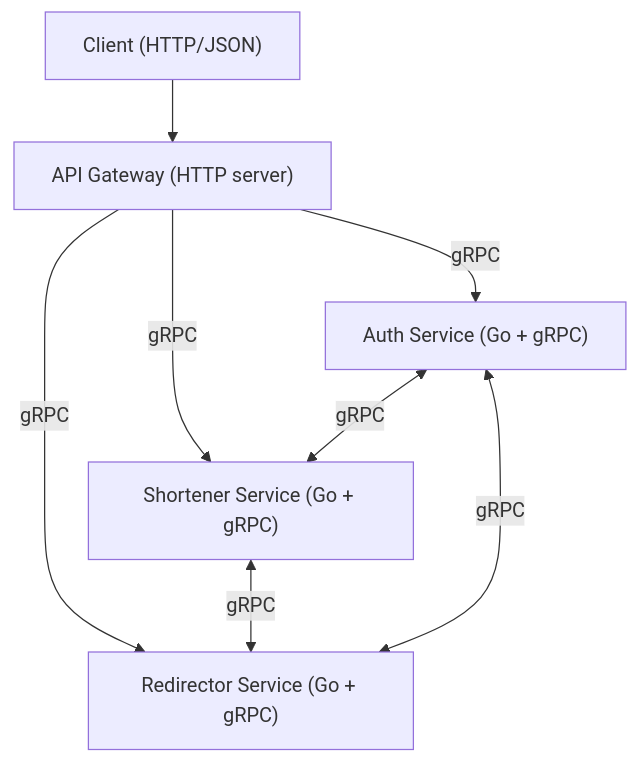
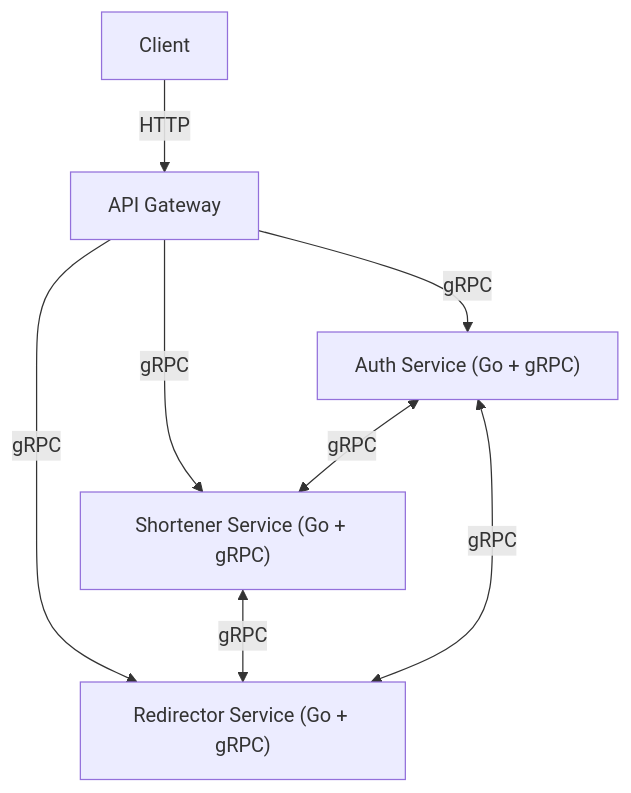
The diagram in README.md (PedroCost4/trunc.it), drawn with Mermaid before and after one commit.

Commit message:
fix(docs): mermaid in readme

````diff
--- a/README.md
+++ b/README.md
@@ -4,10 +4,10 @@
 ```mermaid
 graph TD
-    A["Client (HTTP/JSON)"] --> B["API Gateway (HTTP server)"]
+    A["Client"] -->|HTTP| B["API Gateway"]
     B -->|gRPC| C["Auth Service (Go + gRPC)"]
     B -->|gRPC| D["Shortener Service (Go + gRPC)"]
     B -->|gRPC| E["Redirector Service (Go + gRPC)"]
     C <-->|gRPC| D
     D <-->|gRPC| E
     E <-->|gRPC| C
 ```
````
